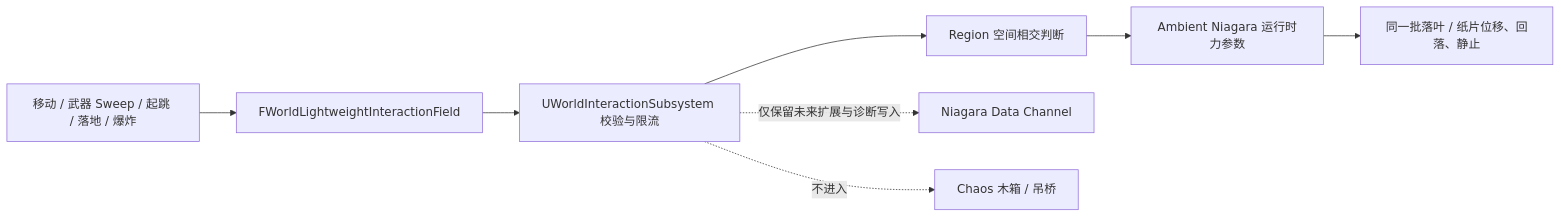
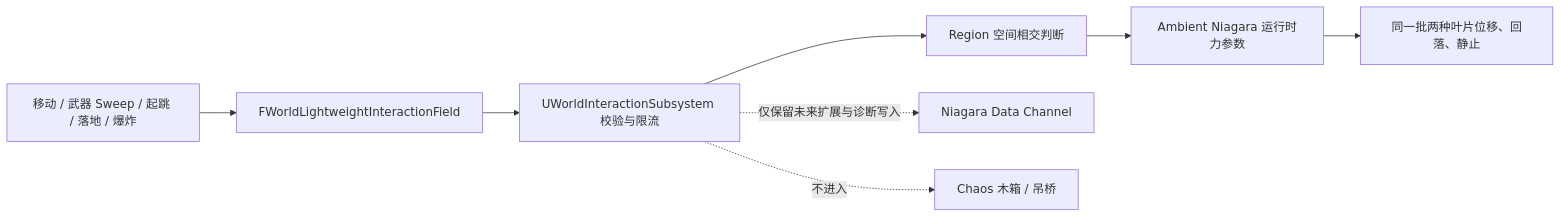
The diagram in Docs/InteractionDesignLog-2026-08-09.zh-CN.md (GoodNatGod/UE5-Physics-Interaction-Demo), drawn with Mermaid before and after one commit. The commit also changed other lines of this file and 39 other files, not shown here.

````diff
--- a/Docs/InteractionDesignLog-2026-08-09.zh-CN.md
+++ b/Docs/InteractionDesignLog-2026-08-09.zh-CN.md
@@ -58,10 +58,10 @@
 ```mermaid
 flowchart LR
     A["移动 / 武器 Sweep / 起跳 / 落地 / 爆炸"] --> B["FWorldLightweightInteractionField"]
     B --> C["UWorldInteractionSubsystem 校验与限流"]
     C --> D["Region 空间相交判断"]
     D --> E["Ambient Niagara 运行时力参数"]
-    E --> F["同一批落叶 / 纸片位移、回落、静止"]
+    E --> F["同一批两种叶片位移、回落、静止"]
     C -. "仅保留未来扩展与诊断写入" .-> G["Niagara Data Channel"]
     C -. "不进入" .-> H["Chaos 木箱 / 吊桥"]
 ```
````
